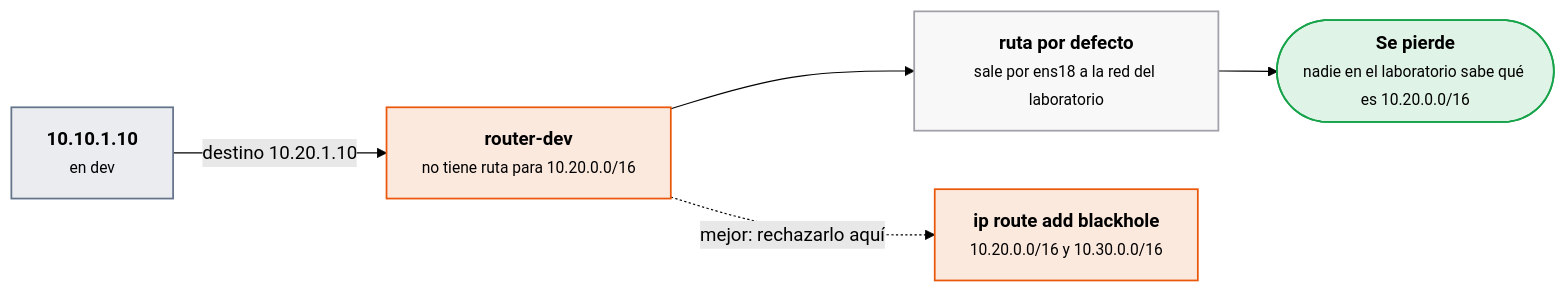
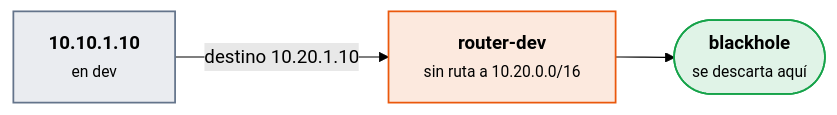
The third of 3 diagrams in docs/ut/ut2-vpc.md (victor-educ/apuntes-5166), drawn with Mermaid (forest theme) before and after one commit. The commit also changed other lines of this file and 4 other files, not shown here.

````diff
--- a/docs/ut/ut2-vpc.md
+++ b/docs/ut/ut2-vpc.md
@@ -722,16 +622,10 @@
 ```mermaid
 flowchart LR
     O["<b>10.10.1.10</b><br><small>en dev</small>"]:::pieza
-    RD["<b>router-dev</b><br><small>no tiene ruta para 10.20.0.0/16</small>"]:::act
-    DEF["<b>ruta por defecto</b><br><small>sale por ens18 a la red del laboratorio</small>"]:::infra
-    PERD(["<b>Se pierde</b><br><small>nadie en el laboratorio sabe qué es 10.20.0.0/16</small>"]):::ok
-    BH["<b>ip route add blackhole</b><br><small>10.20.0.0/16 y 10.30.0.0/16</small>"]:::act
-    O -- "destino 10.20.1.10" --> RD --> DEF --> PERD
-    RD -. "mejor: rechazarlo aquí" .-> BH
+    RD["<b>router-dev</b><br><small>sin ruta a 10.20.0.0/16</small>"]:::act
+    BH(["<b>blackhole</b><br><small>se descarta aquí</small>"]):::ok
+    O -- "destino 10.20.1.10" --> RD --> BH
     classDef act fill:#ea580c22,stroke:#ea580c,stroke-width:1.5px
     classDef pieza fill:#64748b22,stroke:#64748b,stroke-width:1.5px
-    classDef dato fill:#2563eb22,stroke:#2563eb,stroke-width:1.5px
-    classDef infra fill:#a1a1aa14,stroke:#a1a1aa,stroke-width:1.5px
     classDef ok fill:#16a34a22,stroke:#16a34a,stroke-width:1.5px
-    classDef riesgo fill:#dc262622,stroke:#dc2626,stroke-width:1.5px
 ```
````
